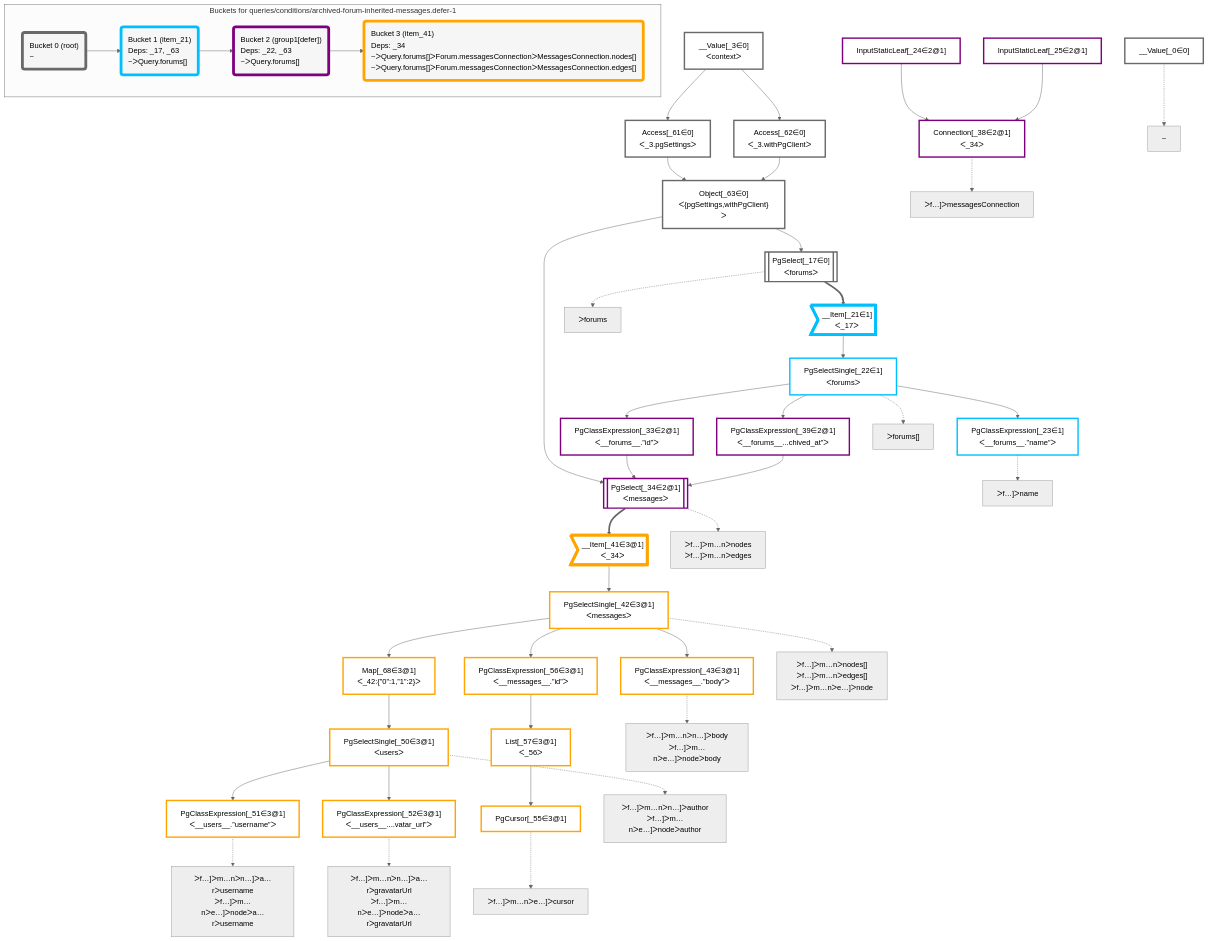
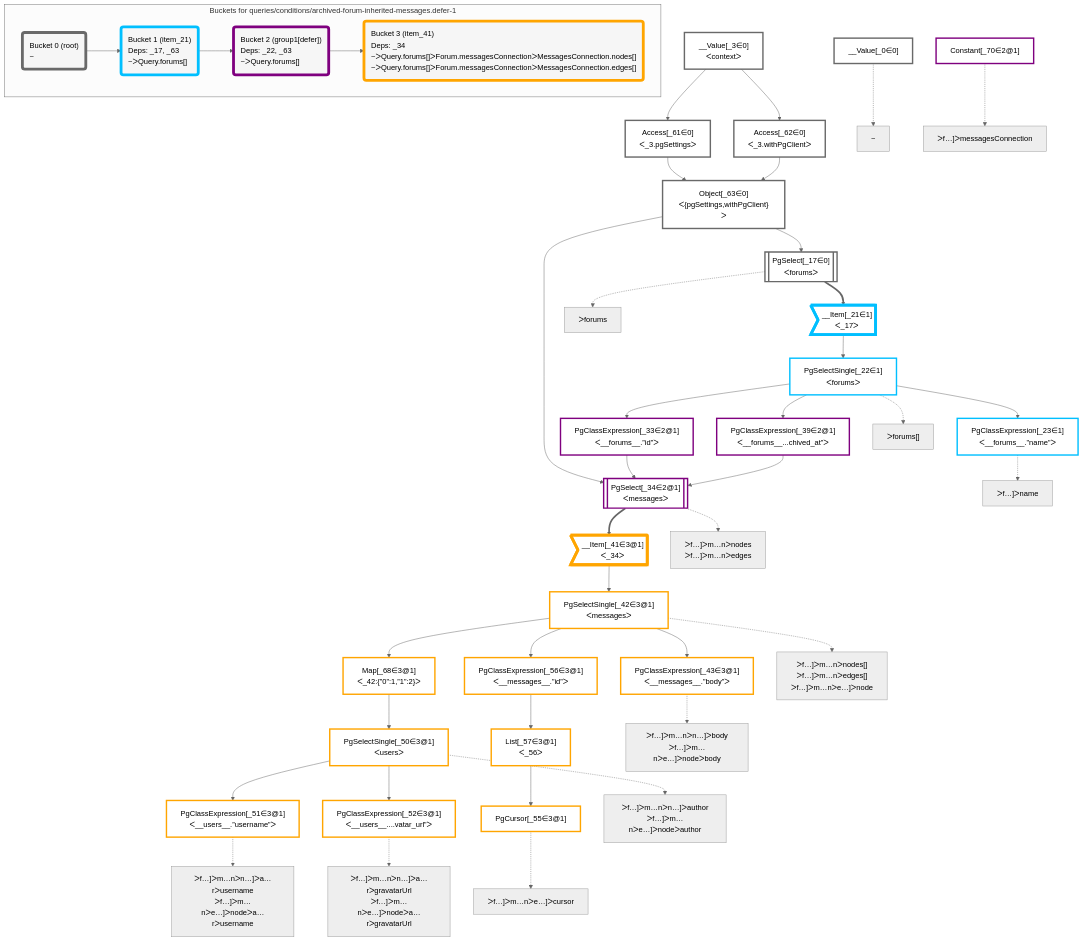
Before and after one commit to graphile/crystal: the diagram in packages/dataplan-pg/__tests__/queries/conditions/archived-forum-inherited-messages.defer-1.mermaid.md, drawn with Mermaid (neutral theme). The commit also changed 57 other files, not shown here.

```diff
--- a/packages/dataplan-pg/__tests__/queries/conditions/archived-forum-inherited-messages.defer-1.mermaid.md
+++ b/packages/dataplan-pg/__tests__/queries/conditions/archived-forum-inherited-messages.defer-1.mermaid.md
@@ -30,9 +30,7 @@
     Access_61["Access[_61∈0]<br />ᐸ_3.pgSettingsᐳ"]:::plan
     Access_62["Access[_62∈0]<br />ᐸ_3.withPgClientᐳ"]:::plan
     __Value_3["__Value[_3∈0]<br />ᐸcontextᐳ"]:::plan
-    Connection_38["Connection[_38∈2@1]<br />ᐸ_34ᐳ"]:::plan
-    InputStaticLeaf_24["InputStaticLeaf[_24∈2@1]"]:::plan
-    InputStaticLeaf_25["InputStaticLeaf[_25∈2@1]"]:::plan
+    Constant_70["Constant[_70∈2@1]"]:::plan
 
     %% plan dependencies
     PgSelectSingle_22 --> PgClassExpression_23
@@ -55,7 +53,6 @@
     Access_61 & Access_62 --> Object_63
     __Value_3 --> Access_61
     __Value_3 --> Access_62
-    InputStaticLeaf_24 & InputStaticLeaf_25 --> Connection_38
 
     %% plan-to-path relationships
     P_0["~"]
@@ -68,8 +65,6 @@
     PgClassExpression_23 -.-> P_23
     P_34["ᐳf…]ᐳm…nᐳnodes<br />ᐳf…]ᐳm…nᐳedges"]
     PgSelect_34 -.-> P_34
-    P_38["ᐳf…]ᐳmessagesConnection"]
-    Connection_38 -.-> P_38
     P_42["ᐳf…]ᐳm…nᐳnodes[]<br />ᐳf…]ᐳm…nᐳedges[]<br />ᐳf…]ᐳm…nᐳe…]ᐳnode"]
     PgSelectSingle_42 -.-> P_42
     P_43["ᐳf…]ᐳm…nᐳn…]ᐳbody<br />ᐳf…]ᐳm…nᐳe…]ᐳnodeᐳbody"]
@@ -82,6 +77,8 @@
     PgClassExpression_52 -.-> P_52
     P_55["ᐳf…]ᐳm…nᐳe…]ᐳcursor"]
     PgCursor_55 -.-> P_55
+    P_70["ᐳf…]ᐳmessagesConnection"]
+    Constant_70 -.-> P_70
 
     subgraph "Buckets for queries/conditions/archived-forum-inherited-messages.defer-1"
     Bucket0("Bucket 0 (root)<br />~"):::bucket
@@ -92,7 +89,7 @@
     class Bucket1,__Item_21,PgSelectSingle_22,PgClassExpression_23 bucket1
     Bucket2("Bucket 2 (group1[defer])<br />Deps: _22, _63<br />~ᐳQuery.forums[]"):::bucket
     classDef bucket2 stroke:#7f007f
-    class Bucket2,InputStaticLeaf_24,InputStaticLeaf_25,PgClassExpression_33,PgSelect_34,Connection_38,PgClassExpression_39 bucket2
+    class Bucket2,PgClassExpression_33,PgSelect_34,PgClassExpression_39,Constant_70 bucket2
     Bucket3("Bucket 3 (item_41)<br />Deps: _34<br />~ᐳQuery.forums[]ᐳForum.messagesConnectionᐳMessagesConnection.nodes[]<br />~ᐳQuery.forums[]ᐳForum.messagesConnectionᐳMessagesConnection.edges[]"):::bucket
     classDef bucket3 stroke:#ffa500
     class Bucket3,__Item_41,PgSelectSingle_42,PgClassExpression_43,PgSelectSingle_50,PgClassExpression_51,PgClassExpression_52,PgCursor_55,PgClassExpression_56,List_57,Map_68 bucket3
```
